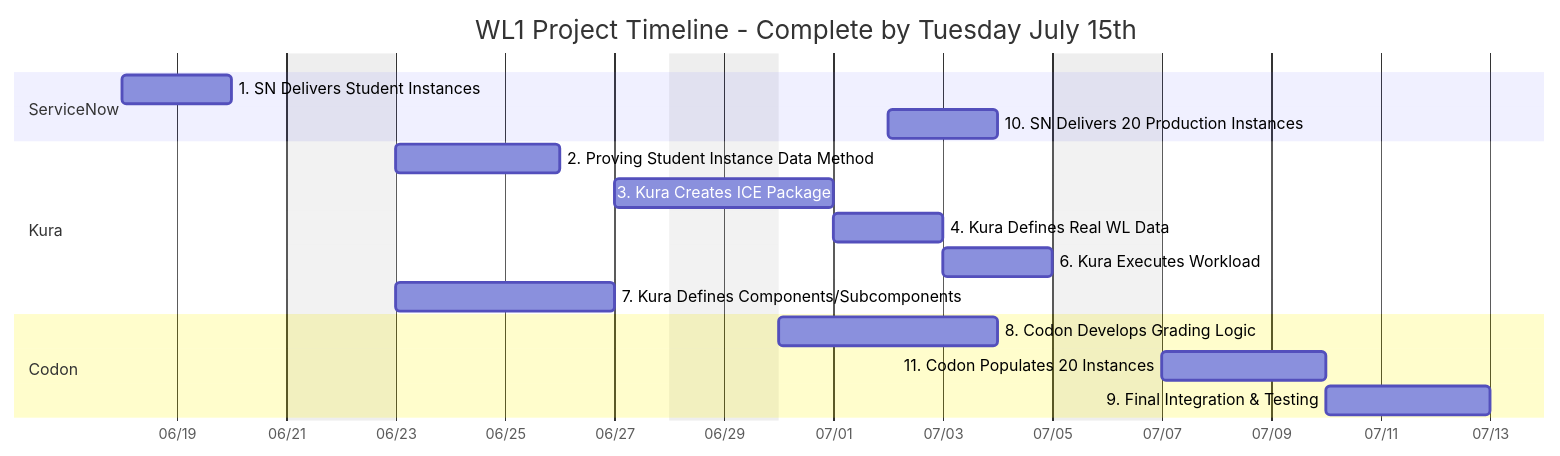
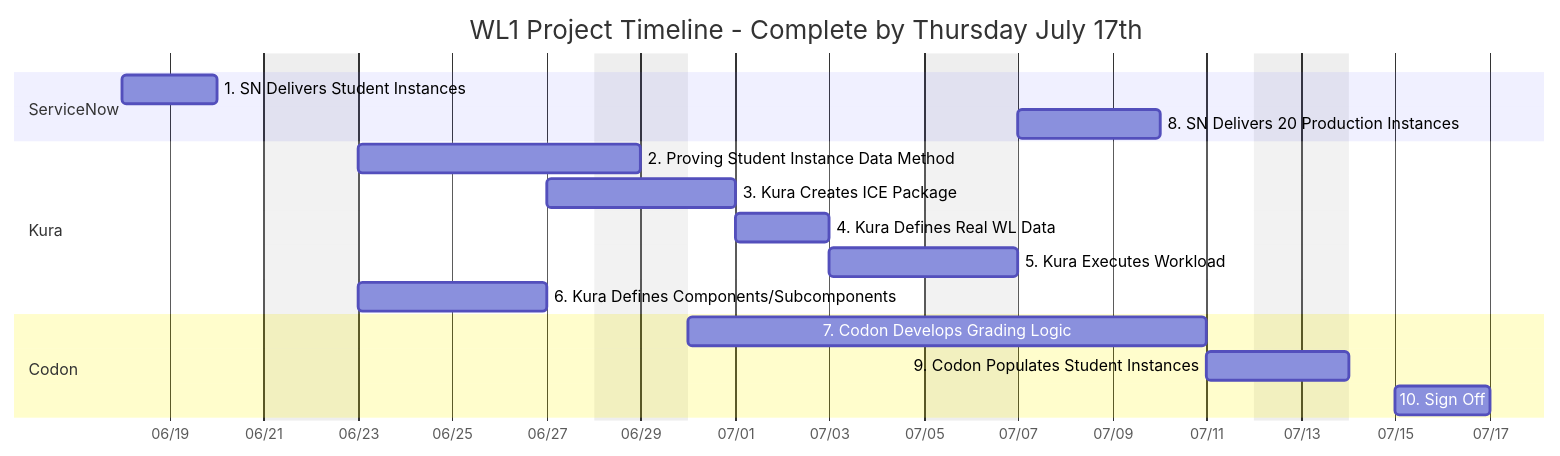
One commit to elmorenox/wl1_mermaid changed the diagram in readme.md. Above: the diagram before and after it, drawn with Mermaid. The commit also changed other lines of this file, not shown here.

````diff
--- a/readme.md
+++ b/readme.md
@@ -5,23 +5,23 @@
 ```mermaid
 gantt
-    title WL1 Project Timeline - Complete by Tuesday July 15th
+    title WL1 Project Timeline - Complete by Thursday July 17th
     dateFormat YYYY-MM-DD
     axisFormat %m/%d
     excludes weekends
     
     section ServiceNow
     1. SN Delivers Student Instances      :sn1, 2025-06-18, 2025-06-20
-    10. SN Delivers 20 Production Instances :sn10, 2025-07-02, 2025-07-04
+    8. SN Delivers 20 Production Instances :sn8, 2025-07-07, 2025-07-10
     
     section Kura
-    2. Proving Student Instance Data Method :k2, 2025-06-23, 2025-06-26
+    2. Proving Student Instance Data Method :k2, 2025-06-23, 2025-06-29
     3. Kura Creates ICE Package           :k3, 2025-06-27, 2025-07-01
     4. Kura Defines Real WL Data          :k4, 2025-07-01, 2025-07-03
-    6. Kura Executes Workload             :k6, 2025-07-03, 2025-07-05
-    7. Kura Defines Components/Subcomponents :k7, 2025-06-23, 2025-06-27
+    5. Kura Executes Workload             :k5, 2025-07-03, 2025-07-07
+    6. Kura Defines Components/Subcomponents :k6, 2025-06-23, 2025-06-27
     
     section Codon
-    8. Codon Develops Grading Logic       :c8, 2025-06-30, 2025-07-04
-    11. Codon Populates 20 Instances      :c11, 2025-07-07, 2025-07-10
-    9. Final Integration & Testing        :c9, 2025-07-10, 2025-07-13
+    7. Codon Develops Grading Logic       :c7, 2025-06-30, 2025-07-11
+    9. Codon Populates Student Instances  :c9, 2025-07-11, 2025-07-14
+    10. Sign Off                          :c10, 2025-07-15, 2025-07-17
 ```
````
